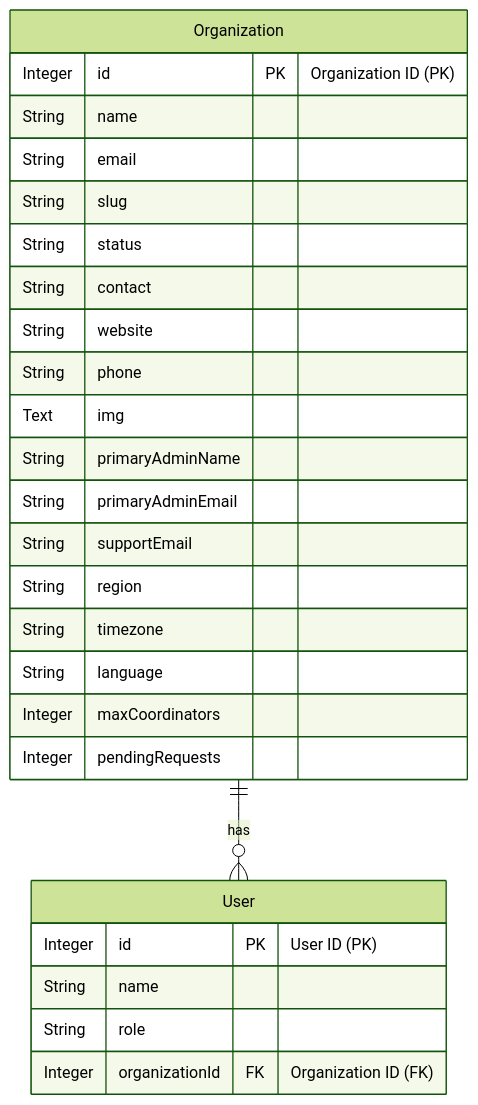
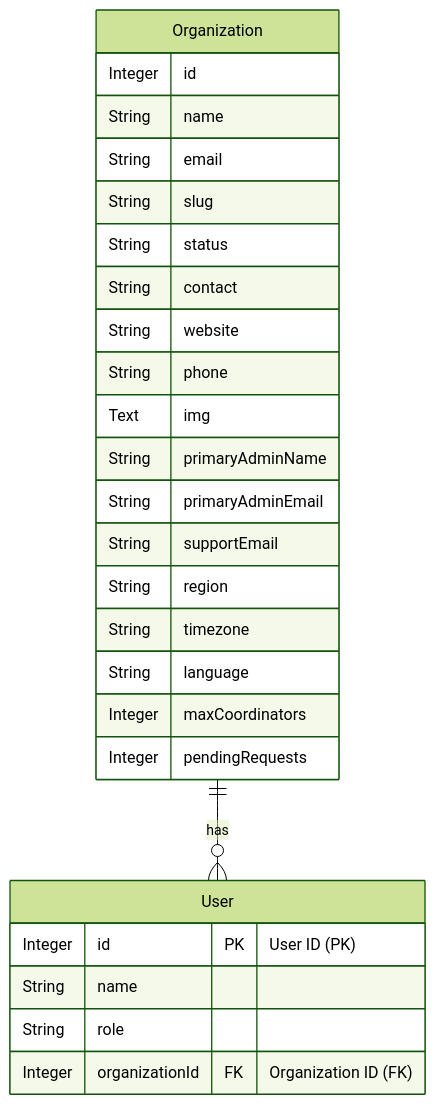
One commit to krishnakanthpathi/B2B-Dashboard changed the diagram in README.md. Above: the diagram before and after it, drawn with Mermaid (forest theme).

Commit message:
Fix formatting of Organization ID in README

````diff
--- a/README.md
+++ b/README.md
@@ -54,31 +54,31 @@
 ```mermaid
 erDiagram
     Organization {
-        Integer id PK "Organization ID (PK)"
+        Integer id 
         String name
         String email
         String slug
         String status
         String contact
         String website
         String phone
         Text img
         String primaryAdminName
         String primaryAdminEmail
         String supportEmail
         String region
         String timezone
         String language
         Integer maxCoordinators
         Integer pendingRequests
     }
 
     User {
         Integer id PK "User ID (PK)"
         String name
         String role
         Integer organizationId FK "Organization ID (FK)"
     }
 
     Organization ||--o{ User : "has"
 ```
````
